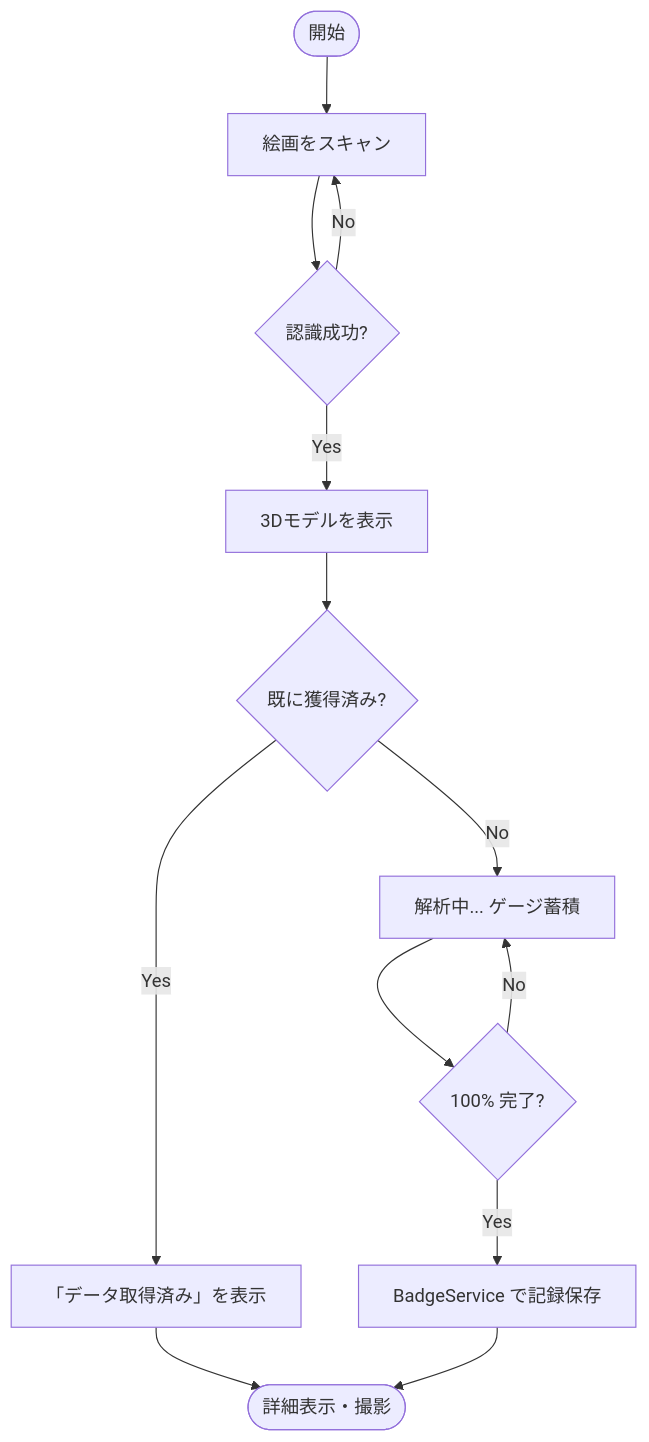
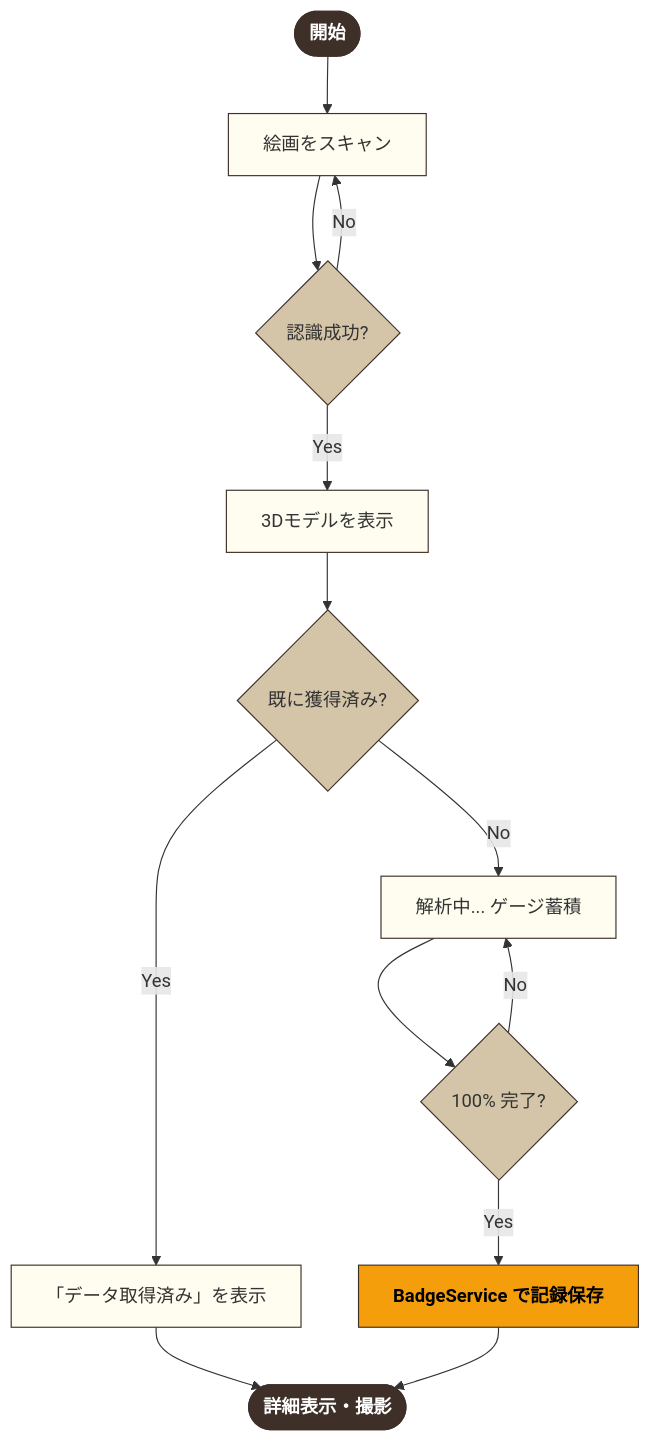
Before and after one commit to yuma25/ATD26: the second of 2 diagrams in docs/API.md, drawn with Mermaid. The commit also changed other lines of this file and 42 other files, not shown here.

````diff
--- a/docs/API.md
+++ b/docs/API.md
@@ -42,19 +52,30 @@
 ```mermaid
 graph TD
-    Start([開始]) --> Scan[絵画をスキャン]
+    Start([<b>開始</b>]) --> Scan[絵画をスキャン]
     Scan --> Recognized{認識成功?}
     Recognized -- No --> Scan
     Recognized -- Yes --> ShowModel[3Dモデルを表示]
     
     ShowModel --> CheckAcquired{既に獲得済み?}
     
     CheckAcquired -- Yes --> ShowMsg[「データ取得済み」を表示]
     CheckAcquired -- No --> Progress[解析中... ゲージ蓄積]
     
     Progress --> Done{100% 完了?}
     Done -- No --> Progress
-    Done -- Yes --> Save[BadgeService で記録保存]
+    Done -- Yes --> Save[<b>BadgeService で記録保存</b>]
     
-    ShowMsg --> End([詳細表示・撮影])
+    ShowMsg --> End([<b>詳細表示・撮影</b>])
     Save --> End
+
+    %% スタイル定義
+    classDef startEnd fill:#3e2f28,color:#fff,stroke:#3e2f28
+    classDef decision fill:#d4c5a9,stroke:#3e2f28
+    classDef action fill:#fffdf0,stroke:#3e2f28
+    classDef highlight fill:#f59e0b,color:#000,stroke:#3e2f28
+    
+    class Start,End startEnd
+    class Recognized,CheckAcquired,Done decision
+    class Scan,ShowModel,ShowMsg,Progress action
+    class Save highlight
 ```
````
